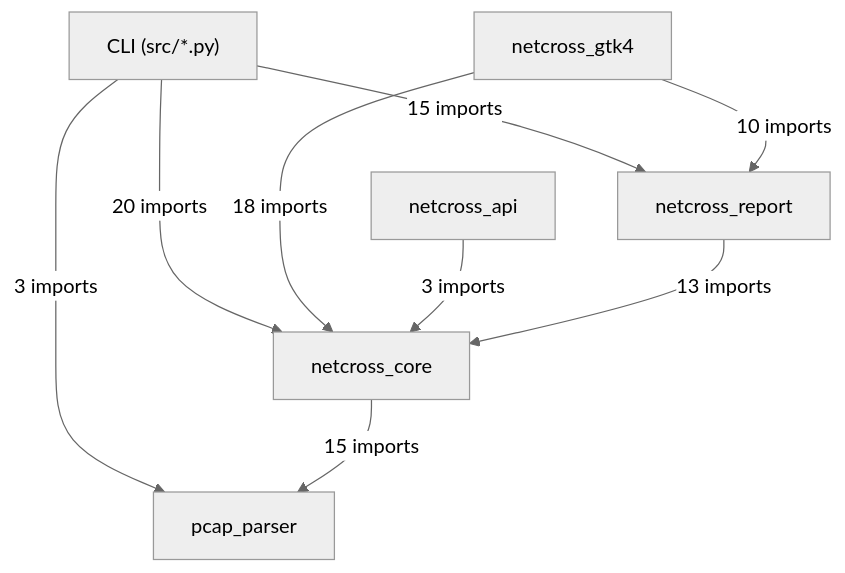
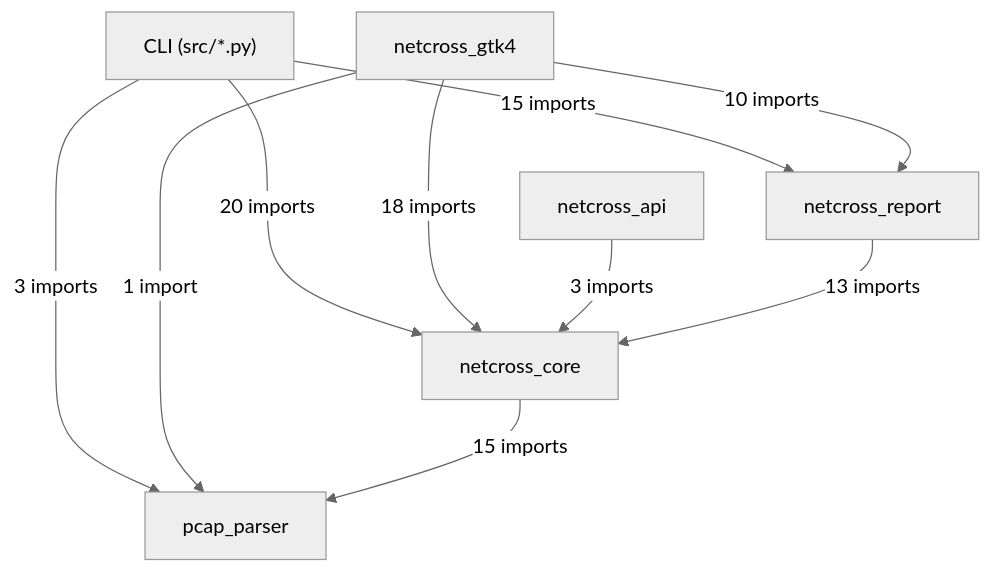
One commit to MathildeDec/Netcross changed the first of 18 diagrams in docs/class-diagram.md. Above: the diagram before and after it, drawn with Mermaid (neutral theme). The commit also changed other lines of this file and 10 other files, not shown here.

````diff
--- a/docs/class-diagram.md
+++ b/docs/class-diagram.md
@@ -26,17 +26,18 @@
 ```mermaid
 flowchart TD
     CLI["CLI (src/*.py)"]
     netcross_gtk4["netcross_gtk4"]
     netcross_api["netcross_api"]
     netcross_report["netcross_report"]
     netcross_core["netcross_core"]
     pcap_parser["pcap_parser"]
     CLI -->|"15 imports"| netcross_report
     CLI -->|"20 imports"| netcross_core
     CLI -->|"3 imports"| pcap_parser
     netcross_gtk4 -->|"10 imports"| netcross_report
     netcross_gtk4 -->|"18 imports"| netcross_core
+    netcross_gtk4 -->|"1 import"| pcap_parser
     netcross_api -->|"3 imports"| netcross_core
     netcross_report -->|"13 imports"| netcross_core
     netcross_core -->|"15 imports"| pcap_parser
 ```
````
